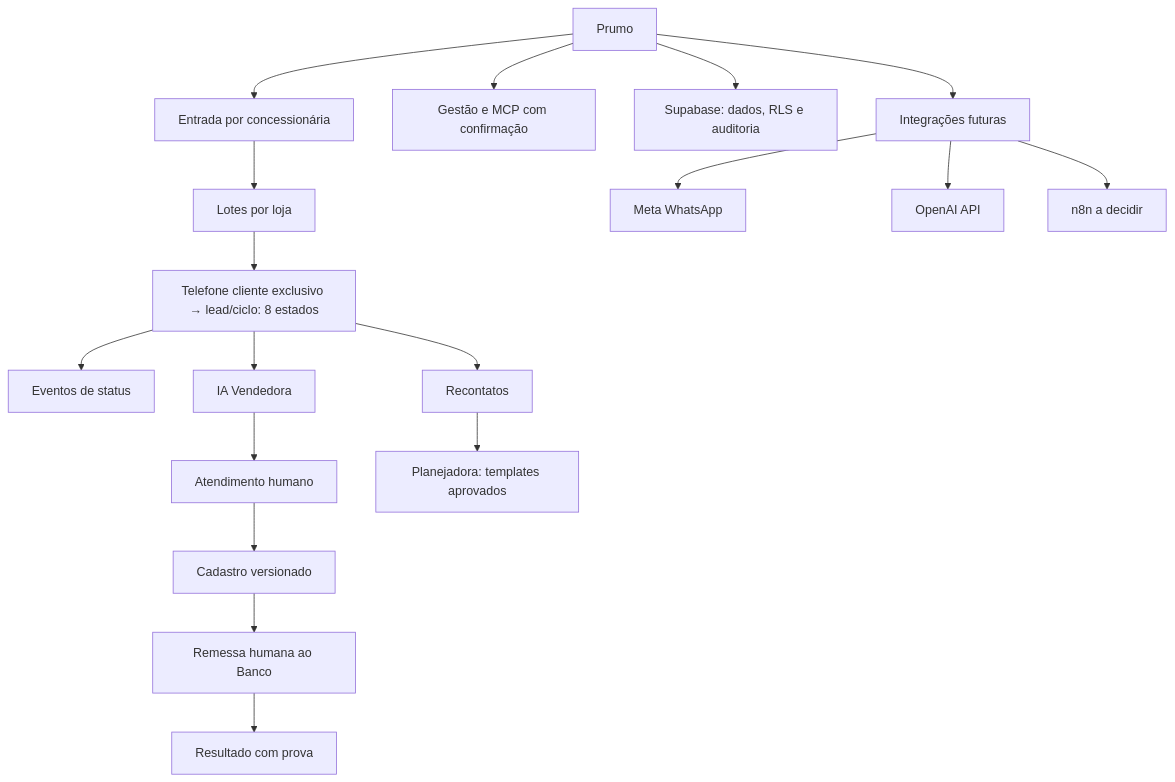
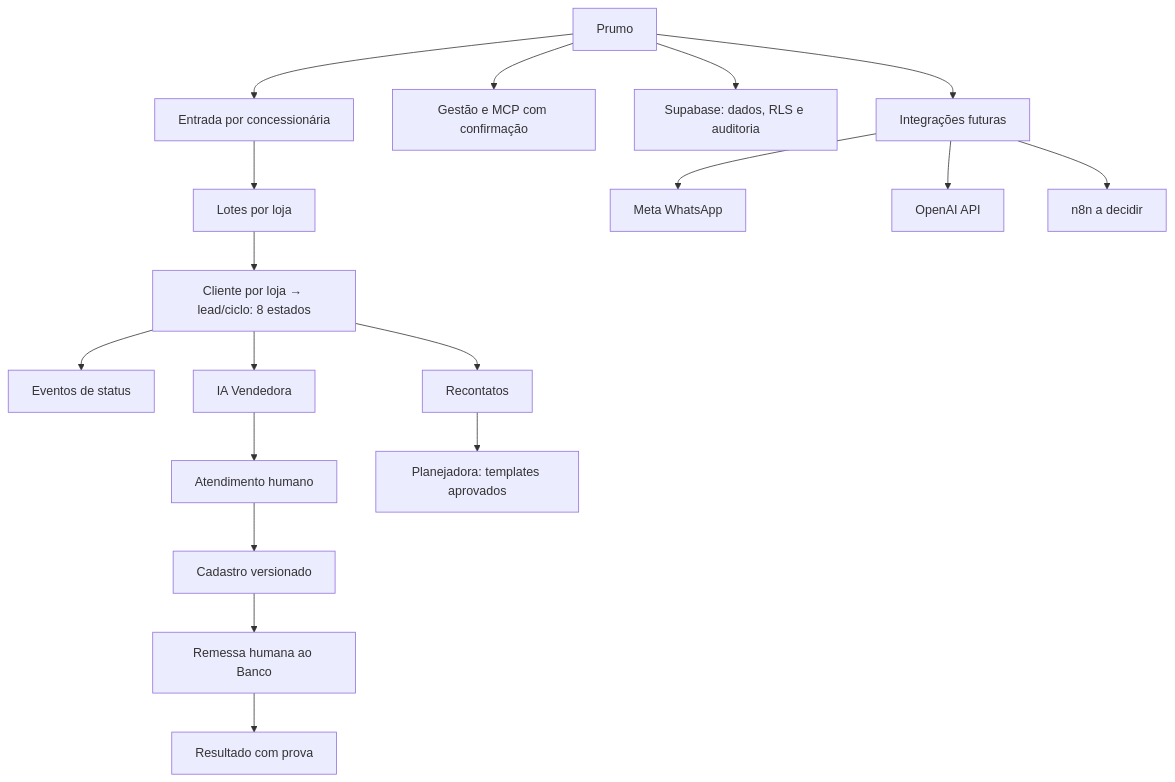
The diagram in docs/MAPA_MENTAL.md (prumogrowth/Prumo-Growth-Platform-V2), drawn with Mermaid before and after one commit. The commit also changed other lines of this file, not shown here.

Commit message:
docs: corrigir regra do cliente multiloja e emissor exclusivo

````diff
--- a/docs/MAPA_MENTAL.md
+++ b/docs/MAPA_MENTAL.md
@@ -3,20 +3,20 @@
 ```mermaid
 flowchart TD
   P[Prumo] --> E[Entrada por concessionária]
   E --> IMP[Lotes por loja]
-  IMP --> L[Telefone cliente exclusivo → lead/ciclo: 8 estados]
+  IMP --> L[Cliente por loja → lead/ciclo: 8 estados]
   L --> EV[Eventos de status]
   L --> IA[IA Vendedora]
   IA --> H[Atendimento humano]
   H --> CAD[Cadastro versionado]
   CAD --> BAN[Remessa humana ao Banco]
   BAN --> RES[Resultado com prova]
   L --> REC[Recontatos]
   REC --> PLA[Planejadora: templates aprovados]
   P --> ADM[Gestão e MCP com confirmação]
   P --> DB[Supabase: dados, RLS e auditoria]
   P --> INT[Integrações futuras]
   INT --> WA[Meta WhatsApp]
   INT --> OAI[OpenAI API]
   INT --> N[n8n a decidir]
 ```
````
